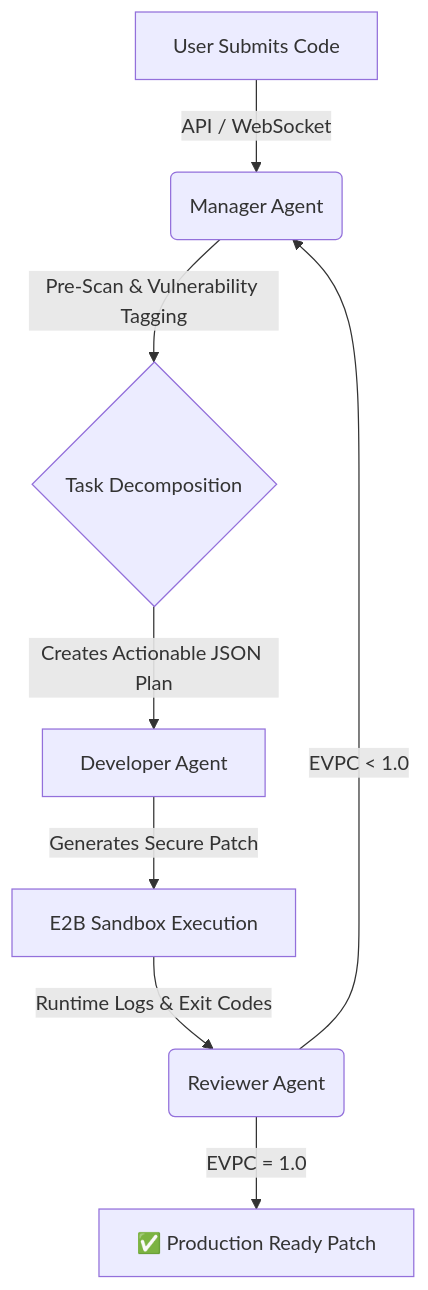
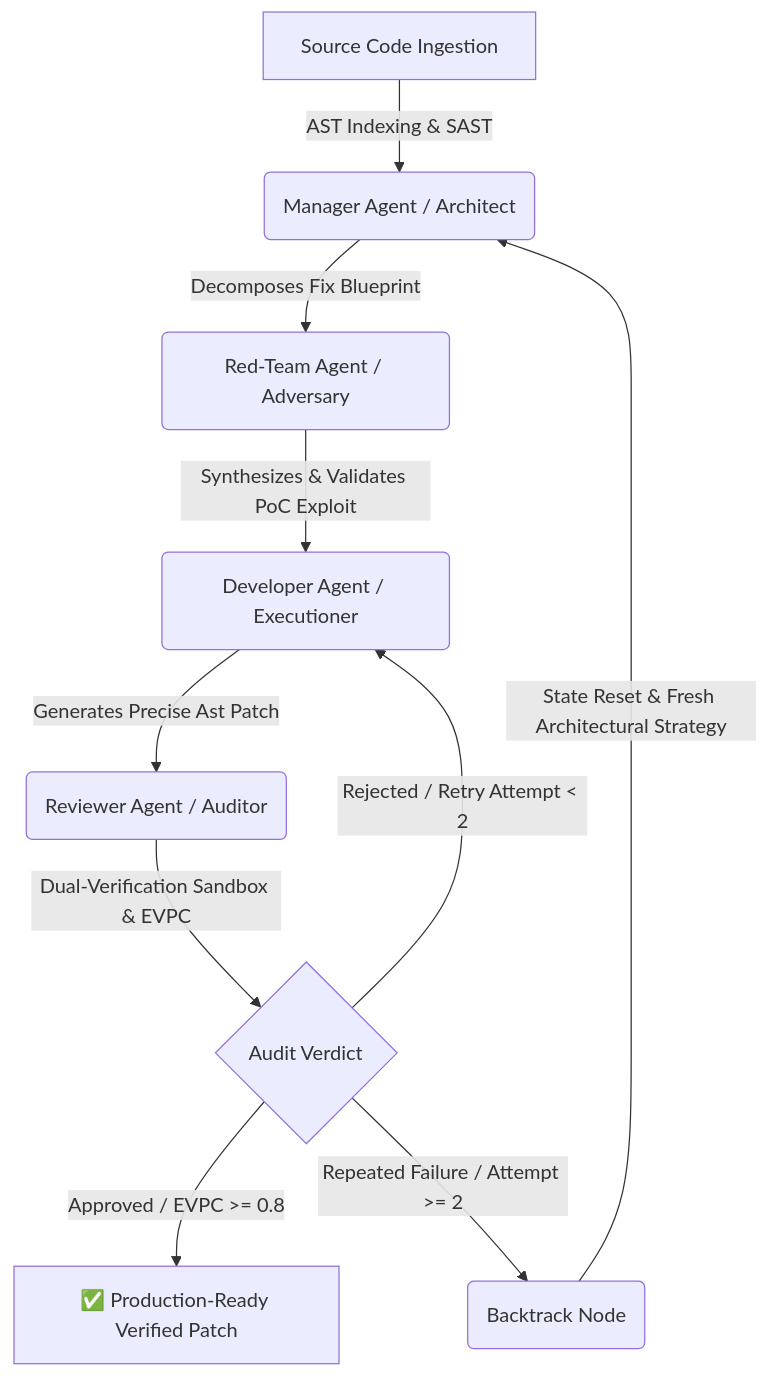
The diagram in README.md (anshurana665/squadron-ai), drawn with Mermaid before and after one commit. The commit also changed other lines of this file and 53 other files, not shown here.

````diff
--- a/README.md
+++ b/README.md
@@ -44,10 +27,12 @@
 ```mermaid
 graph TD
-    A[User Submits Code] -->|API / WebSocket| B(Manager Agent)
-    B -->|Pre-Scan & Vulnerability Tagging| C{Task Decomposition}
-    C -->|Creates Actionable JSON Plan| D[Developer Agent]
-    D -->|Generates Secure Patch| E[E2B Sandbox Execution]
-    E -->|Runtime Logs & Exit Codes| F(Reviewer Agent)
-    F -->|EVPC < 1.0| B
-    F -->|EVPC = 1.0| G[✅ Production Ready Patch]
+    A[Source Code Ingestion] -->|AST Indexing & SAST| B(Manager Agent / Architect)
+    B -->|Decomposes Fix Blueprint| C(Red-Team Agent / Adversary)
+    C -->|Synthesizes & Validates PoC Exploit| D(Developer Agent / Executioner)
+    D -->|Generates Precise Ast Patch| E(Reviewer Agent / Auditor)
+    E -->|Dual-Verification Sandbox & EVPC| F{Audit Verdict}
+    F -->|Approved / EVPC >= 0.8| G[✅ Production-Ready Verified Patch]
+    F -->|Rejected / Retry Attempt < 2| D
+    F -->|Repeated Failure / Attempt >= 2| H(Backtrack Node)
+    H -->|State Reset & Fresh Architectural Strategy| B
 ```
````
